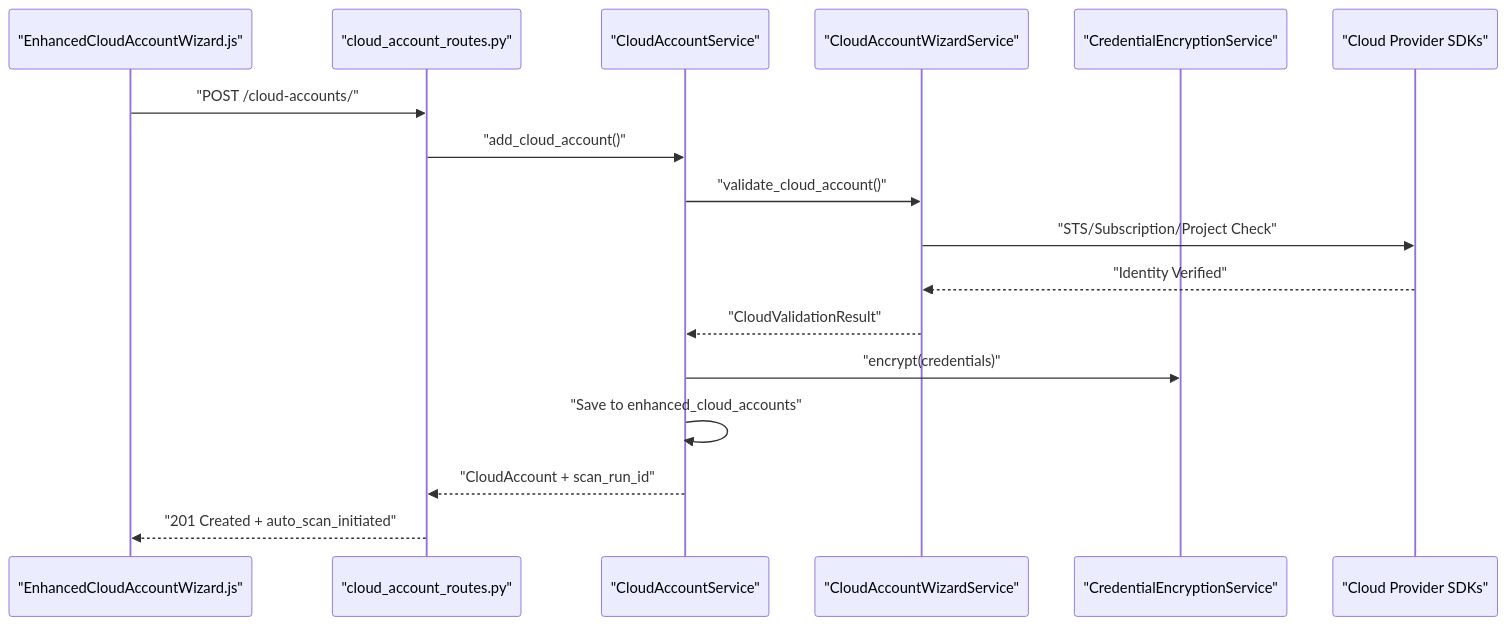
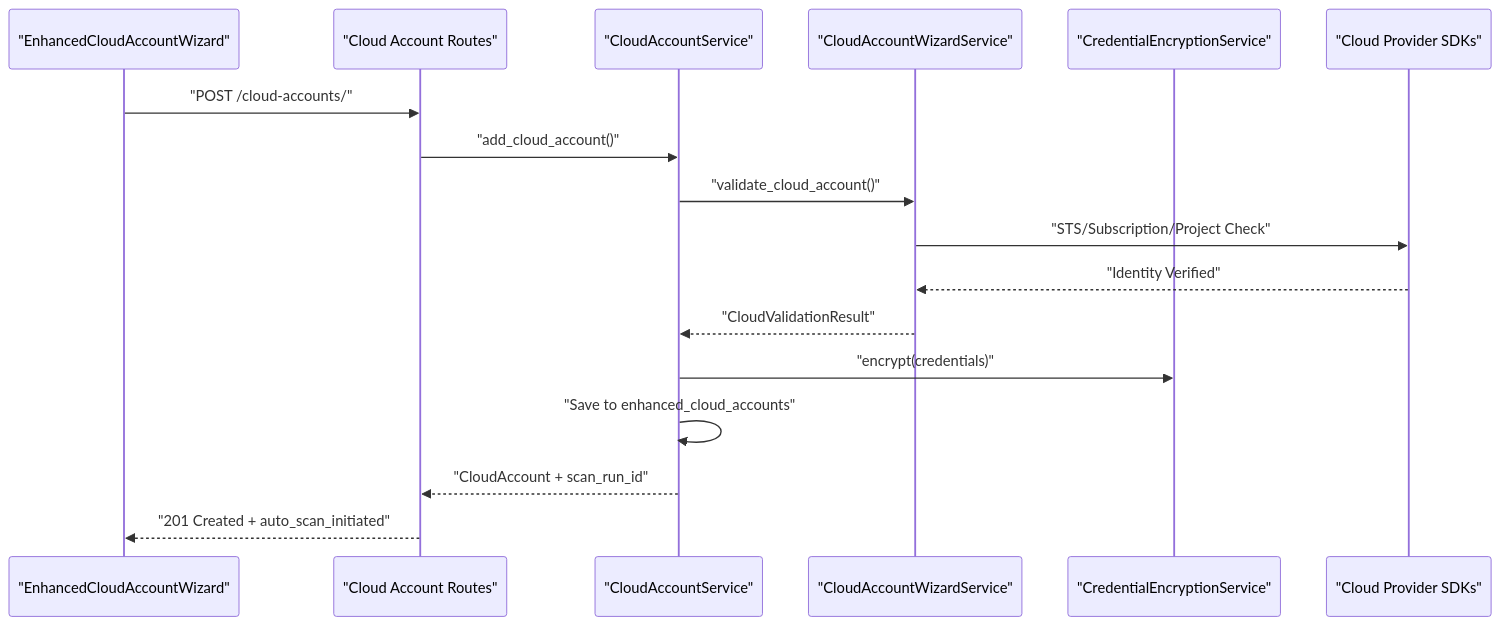
One commit to niteshsaini/offloadsecurity-docs changed the first of 2 diagrams in docs/cloud-security/account-management.md. Above: the diagram before and after it, drawn with Mermaid. The commit also changed other lines of this file and 16 other files, not shown here.

````diff
--- a/docs/cloud-security/account-management.md
+++ b/docs/cloud-security/account-management.md
@@ -27,20 +27,20 @@
 ```mermaid
 sequenceDiagram
-    participant UI as "EnhancedCloudAccountWizard.js"
-    participant API as "cloud_account_routes.py"
+    participant UI as "EnhancedCloudAccountWizard"
+    participant API as "Cloud Account Routes"
     participant Svc as "CloudAccountService"
     participant Wiz as "CloudAccountWizardService"
     participant Enc as "CredentialEncryptionService"
     participant Cloud as "Cloud Provider SDKs"
 
     UI->>API: "POST /cloud-accounts/"
     API->>Svc: "add_cloud_account()"
     Svc->>Wiz: "validate_cloud_account()"
     Wiz->>Cloud: "STS/Subscription/Project Check"
     Cloud-->>Wiz: "Identity Verified"
     Wiz-->>Svc: "CloudValidationResult"
     Svc->>Enc: "encrypt(credentials)"
     Svc->>Svc: "Save to enhanced_cloud_accounts"
     Svc-->>API: "CloudAccount + scan_run_id"
     API-->>UI: "201 Created + auto_scan_initiated"
 ```
````
